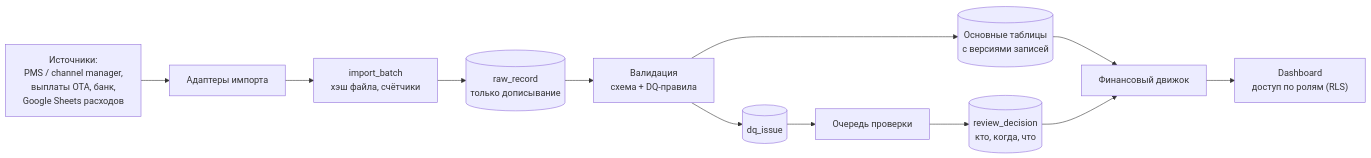
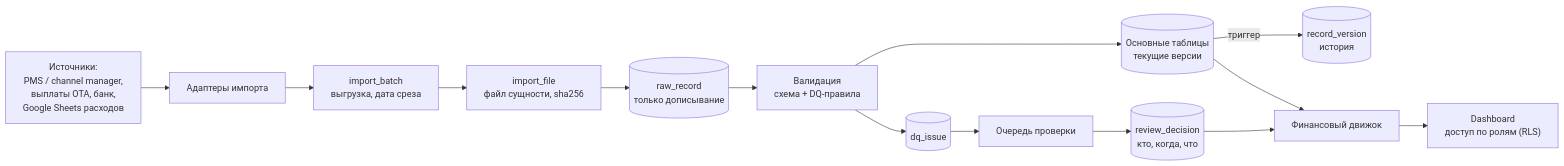
One commit to ProjectINT/business-system changed the second of 2 diagrams in docs/PLAN.md. Above: the diagram before and after it, drawn with Mermaid. The commit also changed other lines of this file and 55 other files, not shown here.

````diff
--- a/docs/PLAN.md
+++ b/docs/PLAN.md
@@ -74,14 +74,16 @@
 ```mermaid
 flowchart LR
   SRC["Источники:<br/>PMS / channel manager,<br/>выплаты OTA, банк,<br/>Google Sheets расходов"] --> AD["Адаптеры импорта"]
-  AD --> B["import_batch<br/>хэш файла, счётчики"]
-  B --> RAW[("raw_record<br/>только дописывание")]
+  AD --> B["import_batch<br/>выгрузка, дата среза"]
+  B --> F["import_file<br/>файл сущности, sha256"]
+  F --> RAW[("raw_record<br/>только дописывание")]
   RAW --> VAL["Валидация<br/>схема + DQ-правила"]
-  VAL --> CORE[("Основные таблицы<br/>с версиями записей")]
+  VAL --> CORE[("Основные таблицы<br/>текущие версии")]
+  CORE -->|"триггер"| HIST[("record_version<br/>история")]
   VAL --> ISS[("dq_issue")]
   ISS --> REV["Очередь проверки"]
   REV --> DEC[("review_decision<br/>кто, когда, что")]
   CORE --> CALC["Финансовый движок"]
   DEC --> CALC
   CALC --> DASH["Dashboard<br/>доступ по ролям (RLS)"]
 ```
````
